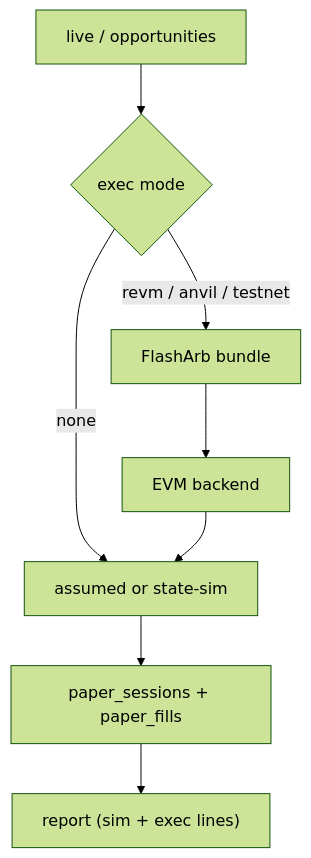
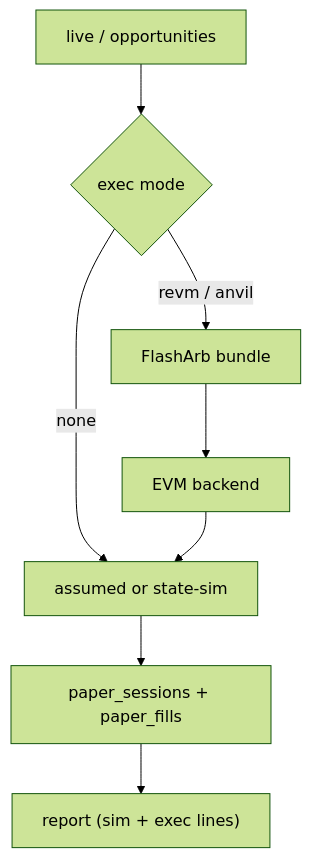
The ninth of 9 diagrams in docs/CLI.md (moha-moradi/mev-scout), drawn with Mermaid (forest theme) before and after one commit. The commit also changed other lines of this file and 41 other files, not shown here.

````diff
--- a/docs/CLI.md
+++ b/docs/CLI.md
@@ -608,10 +610,10 @@
 ```mermaid
 flowchart TB
   detect["live / opportunities"] --> gate{"exec mode"}
   gate -->|none| ledger["assumed or state-sim"]
-  gate -->|revm / anvil / testnet| build["FlashArb bundle"]
+  gate -->|revm / anvil| build["FlashArb bundle"]
   build --> run["EVM backend"]
   run --> ledger
   ledger --> sess["paper_sessions + paper_fills"]
   sess --> rep["report (sim + exec lines)"]
 ```
````
